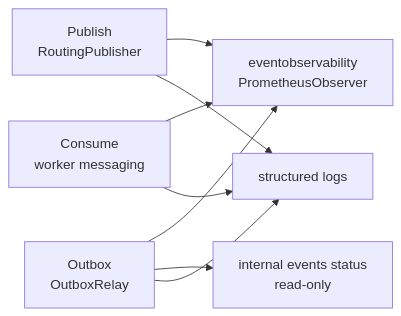
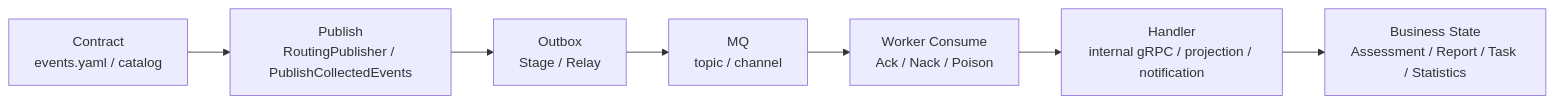
Before and after one commit to FangcunMount/qs-server: the first of 2 diagrams in docs/03-基础设施/event/05-观测与排障.md, drawn with Mermaid. The commit also changed other lines of this file and 9 other files, not shown here.

````diff
--- a/docs/03-基础设施/event/05-观测与排障.md
+++ b/docs/03-基础设施/event/05-观测与排障.md
@@ -21,17 +40,12 @@
 ```mermaid
 flowchart LR
-    pub["Publish<br/>RoutingPublisher"]
-    outbox["Outbox<br/>OutboxRelay"]
-    consume["Consume<br/>worker messaging"]
-    metrics["eventobservability<br/>PrometheusObserver"]
-    status["internal events status<br/>read-only"]
-    logs["structured logs"]
+    contract["Contract<br/>events.yaml / catalog"]
+    publish["Publish<br/>RoutingPublisher / PublishCollectedEvents"]
+    outbox["Outbox<br/>Stage / Relay"]
+    mq["MQ<br/>topic / channel"]
+    consume["Worker Consume<br/>Ack / Nack / Poison"]
+    handler["Handler<br/>internal gRPC / projection / notification"]
+    business["Business State<br/>Assessment / Report / Task / Statistics"]
 
-    pub --> metrics
-    outbox --> metrics
-    outbox --> status
-    consume --> metrics
-    pub --> logs
-    outbox --> logs
-    consume --> logs
+    contract --> publish --> outbox --> mq --> consume --> handler --> business
 ```
````
